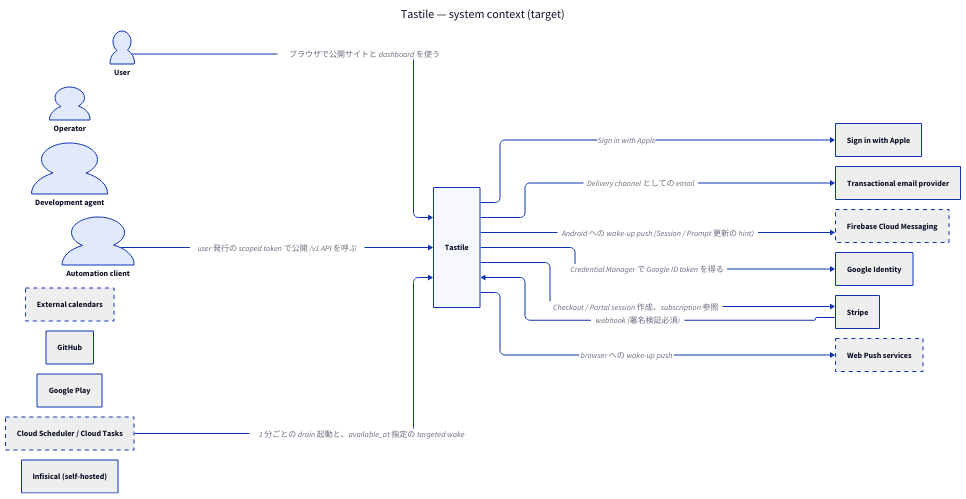
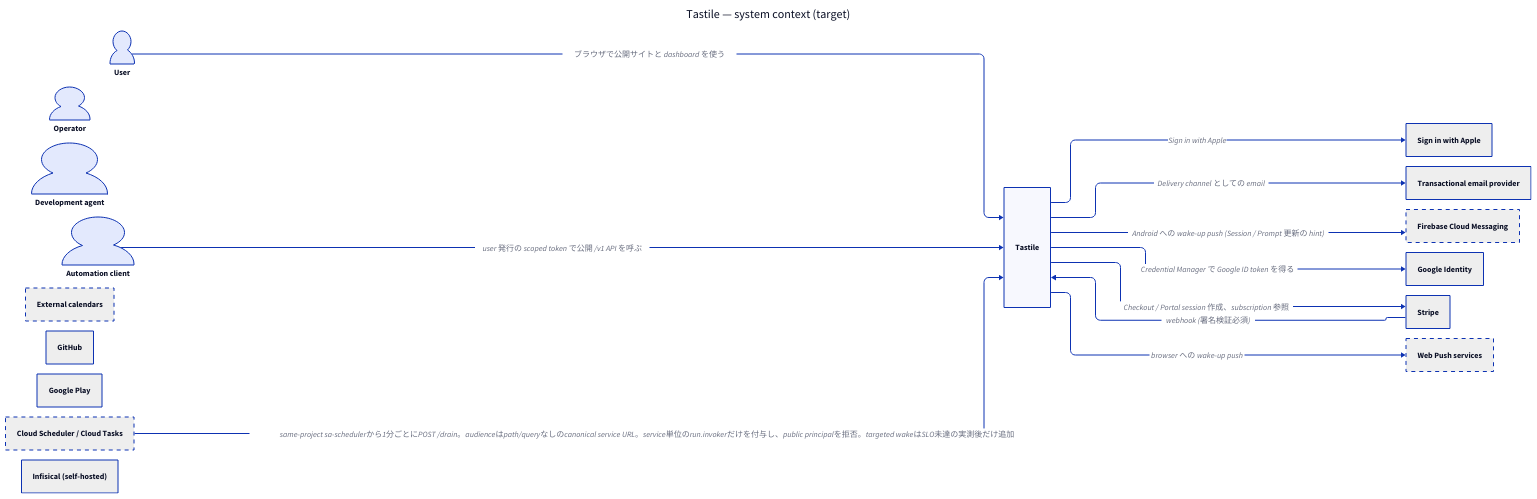
Before and after one commit to tastile/tastile-root: the diagram in architecture/views/context.d2, drawn with D2. The commit also changed 31 other files, not shown here.

```diff
--- a/architecture/views/context.d2
+++ b/architecture/views/context.d2
@@ -1,74 +1,74 @@
 # GENERATED by scripts/architecture/generate.ts from architecture/model/*.yaml — do not edit.
 vars: {
   d2-config: {
     layout-engine: elk
   }
 }
 direction: right
 title: "Tastile — system context (target)" {
   near: top-center
   shape: text
   style.font-size: 24
 }
 
 actor_user: "User" {
   shape: person
 }
 actor_operator: "Operator" {
   shape: person
 }
 actor_dev_agent: "Development agent" {
   shape: person
 }
 actor_api_client: "Automation client" {
   shape: person
 }
 sys_tastile: "Tastile"
 ext_google_identity: "Google Identity" {
   style.fill: "#eeeeee"
 }
 ext_apple_identity: "Sign in with Apple" {
   style.fill: "#eeeeee"
 }
 ext_stripe: "Stripe" {
   style.fill: "#eeeeee"
 }
 ext_email: "Transactional email provider" {
   style.fill: "#eeeeee"
 }
 ext_fcm: "Firebase Cloud Messaging" {
   style.fill: "#eeeeee"
   style.stroke-dash: 4
 }
 ext_webpush: "Web Push services" {
   style.fill: "#eeeeee"
   style.stroke-dash: 4
 }
 ext_google_calendar: "External calendars" {
   style.fill: "#eeeeee"
   style.stroke-dash: 4
 }
 ext_github: "GitHub" {
   style.fill: "#eeeeee"
 }
 ext_google_play: "Google Play" {
   style.fill: "#eeeeee"
 }
 ext_scheduler: "Cloud Scheduler / Cloud Tasks" {
   style.fill: "#eeeeee"
   style.stroke-dash: 4
 }
 ext_infisical: "Infisical (self-hosted)" {
   style.fill: "#eeeeee"
 }
 
 actor_api_client -> sys_tastile: "user 発行の scoped token で公開 /v1 API を呼ぶ"
 actor_user -> sys_tastile: "ブラウザで公開サイトと dashboard を使う"
-ext_scheduler -> sys_tastile: "1 分ごとの drain 起動と、available_at 指定の targeted wake"
+ext_scheduler -> sys_tastile: "same-project sa-schedulerから1分ごとにPOST /drain。audienceはpath/queryなしのcanonical service URL。service単位のrun.invokerだけを付与し、public principalを拒否。targeted wakeはSLO未達の実測後だけ追加"
 ext_stripe -> sys_tastile: "webhook (署名検証必須)"
 sys_tastile -> ext_apple_identity: "Sign in with Apple"
 sys_tastile -> ext_email: "Delivery channel としての email"
 sys_tastile -> ext_fcm: "Android への wake-up push (Session / Prompt 更新の hint)"
 sys_tastile -> ext_google_identity: "Credential Manager で Google ID token を得る"
 sys_tastile -> ext_stripe: "Checkout / Portal session 作成、subscription 参照"
 sys_tastile -> ext_webpush: "browser への wake-up push"
```
